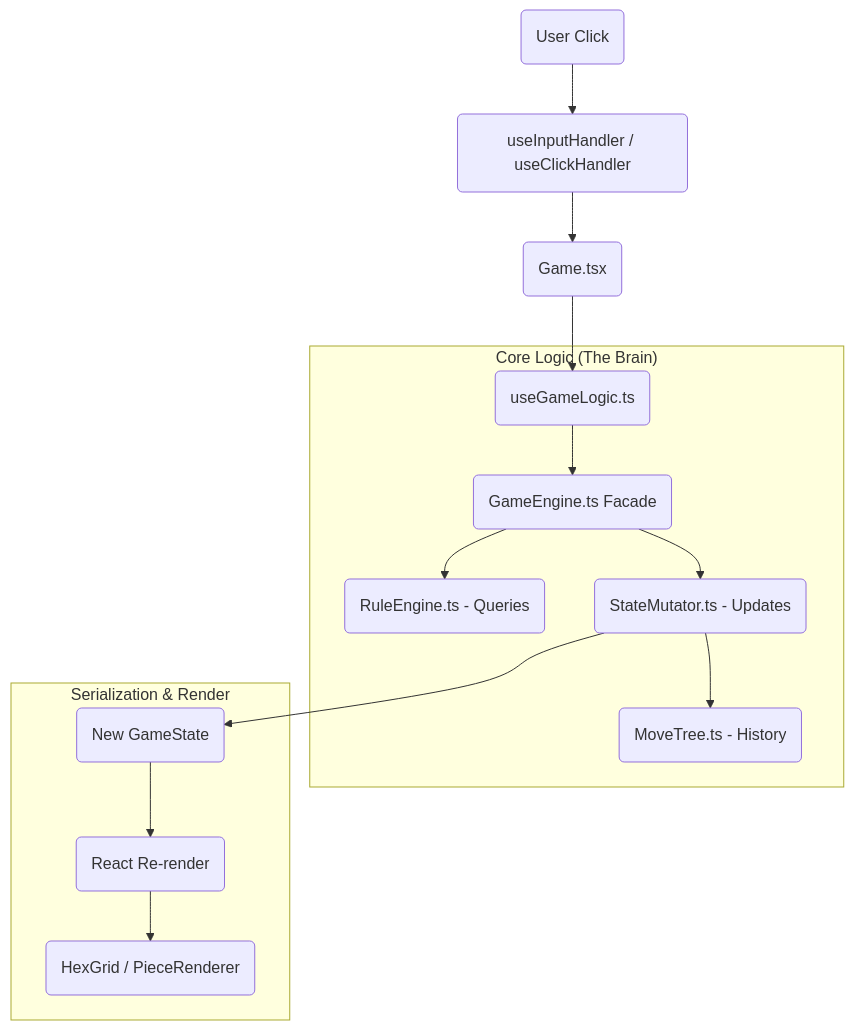
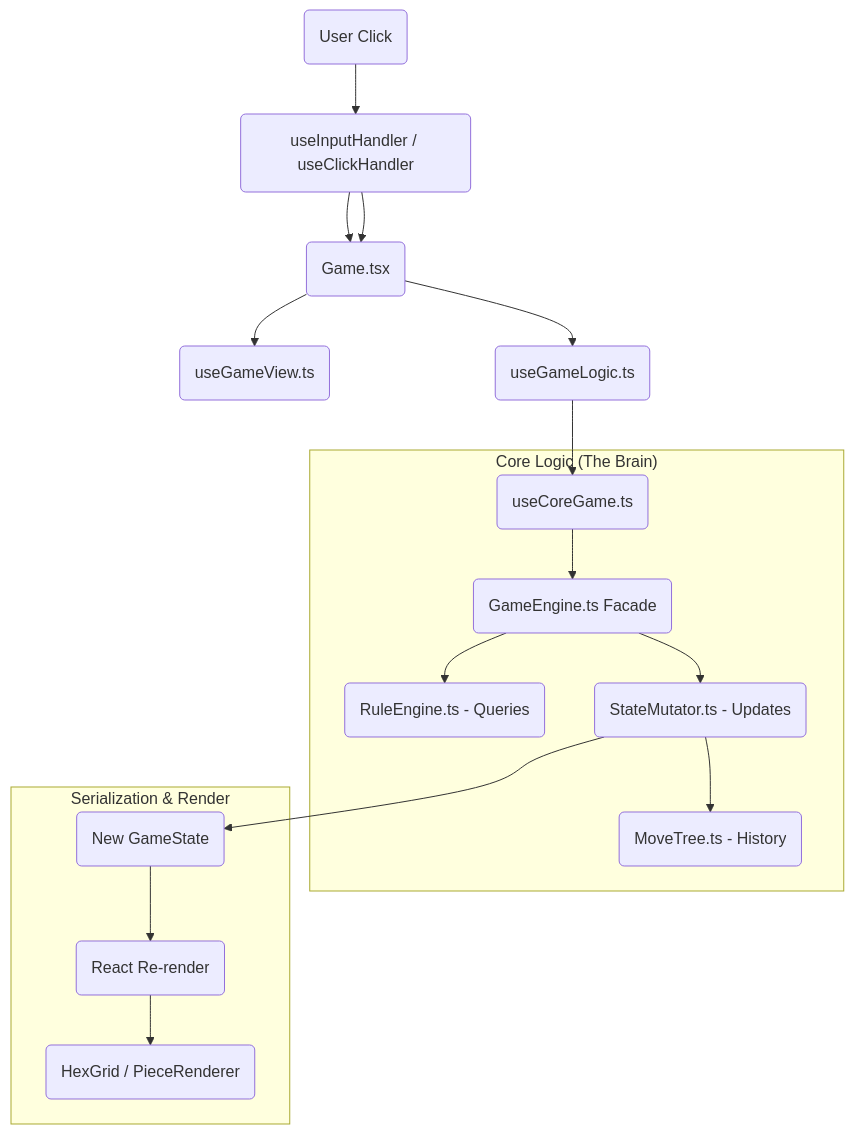
Before and after one commit to LiamLlamazares/Castles: the diagram in info/ANALYSIS_ARCHITECTURE.md, drawn with Mermaid. The commit also changed other lines of this file and 9 other files, not shown here.

````diff
--- a/info/ANALYSIS_ARCHITECTURE.md
+++ b/info/ANALYSIS_ARCHITECTURE.md
@@ -17,19 +17,22 @@
 ```mermaid
 graph TD
     User(User Click) --> InputHandler(useInputHandler / useClickHandler)
     InputHandler --> GameComp(Game.tsx)
+    InputHandler --> GameComp(Game.tsx)
+    GameComp --> ViewHook(useGameView.ts)
     GameComp --> LogicHook(useGameLogic.ts)
+    LogicHook --> CoreHook(useCoreGame.ts)
     
     subgraph "Core Logic (The Brain)"
-        LogicHook --> GameEngine(GameEngine.ts Facade)
+        CoreHook --> GameEngine(GameEngine.ts Facade)
         GameEngine --> RuleEngine(RuleEngine.ts - Queries)
         GameEngine --> StateMutator(StateMutator.ts - Updates)
         StateMutator --> MoveTree(MoveTree.ts - History)
     end
     
     subgraph "Serialization & Render"
         StateMutator --> NewState(New GameState)
         NewState --> ReactRender(React Re-render)
         ReactRender --> UI(HexGrid / PieceRenderer)
     end
 ```
````
